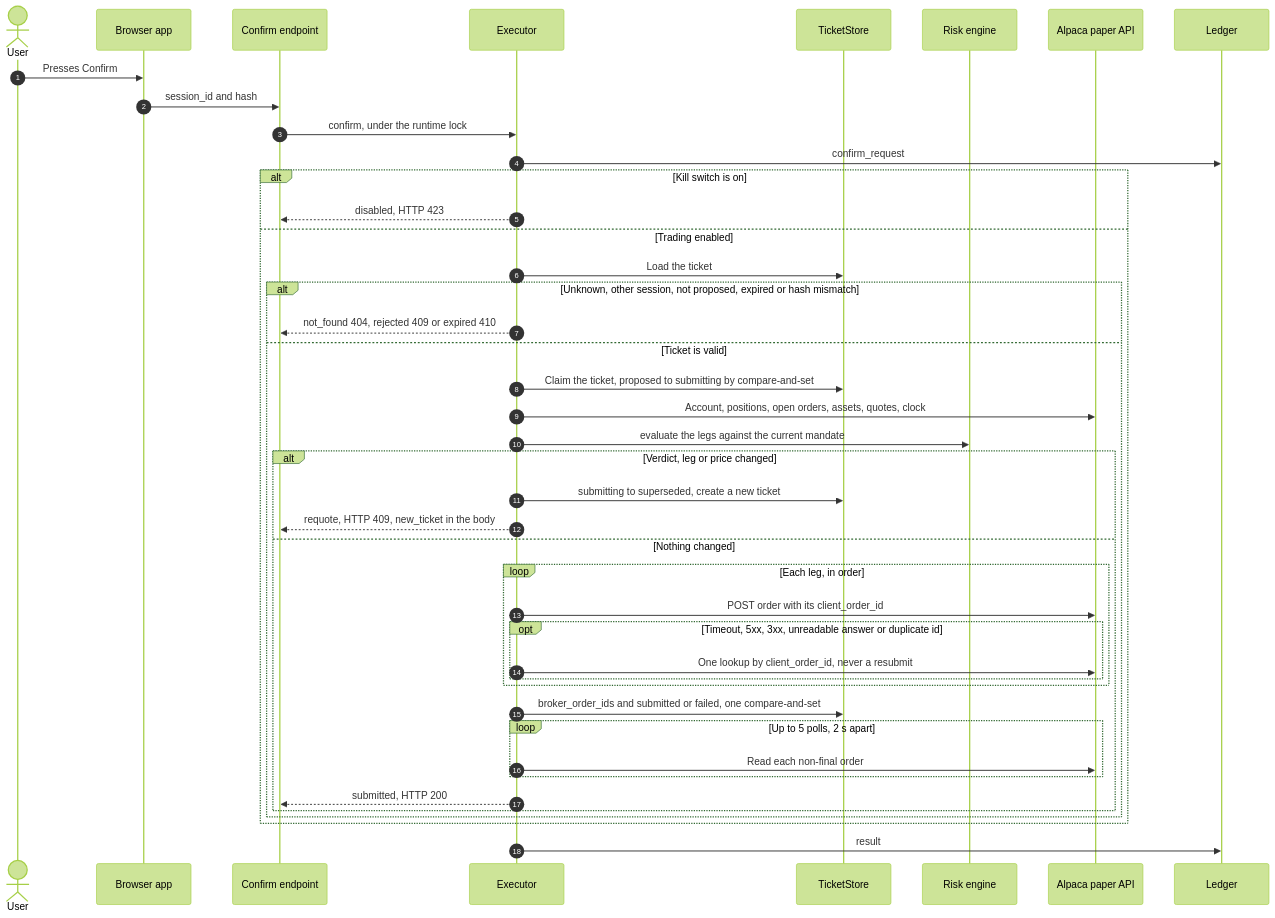
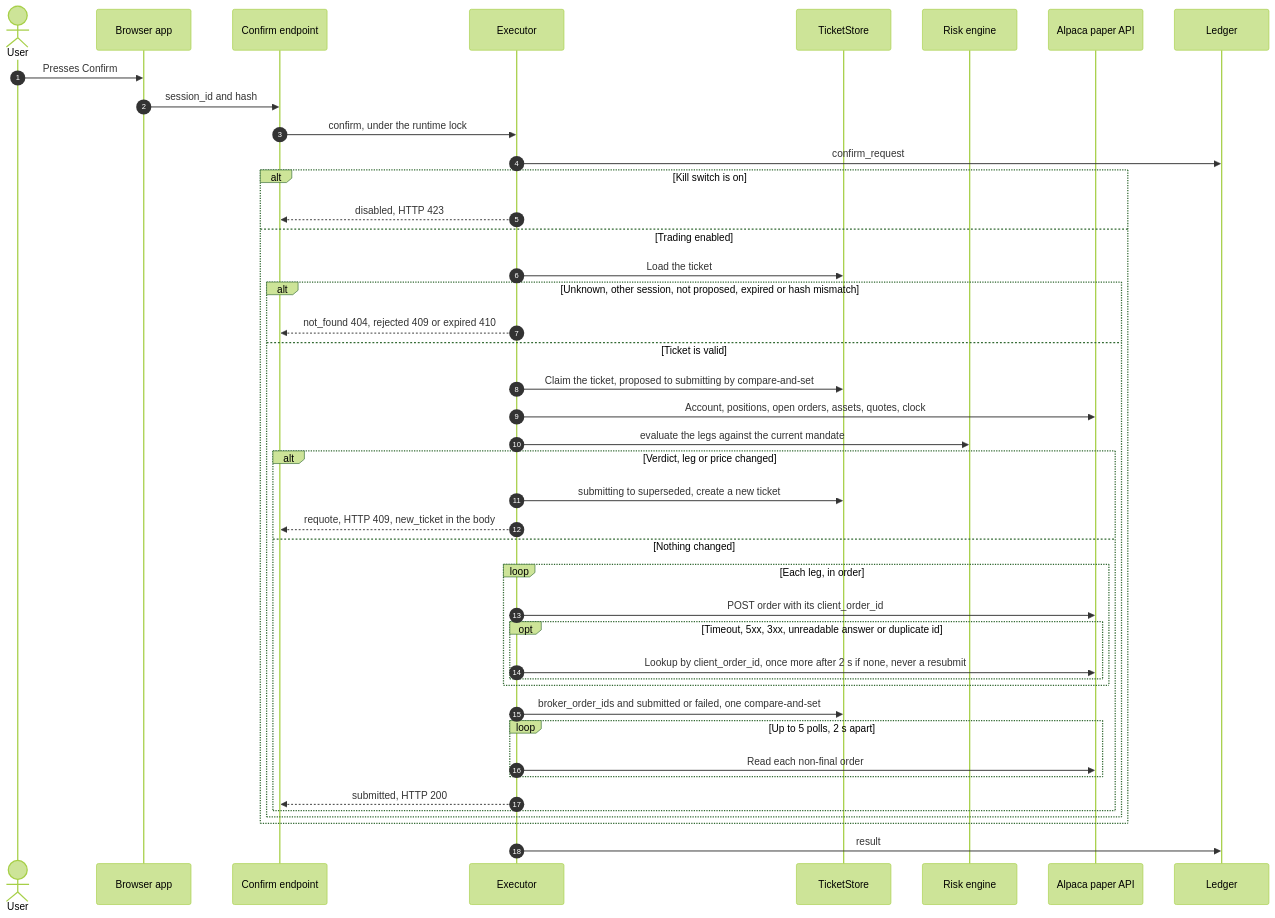
Before and after one commit to heon-1219/tradingDecisionAgent: the third of 8 diagrams in docs/architecture.md, drawn with Mermaid (forest theme). The commit also changed other lines of this file and 2 other files, not shown here.

````diff
--- a/docs/architecture.md
+++ b/docs/architecture.md
@@ -261,46 +261,46 @@
 ```mermaid
 sequenceDiagram
     autonumber
     actor U as User
     participant UI as Browser app
     participant API as Confirm endpoint
     participant X as Executor
     participant K as TicketStore
     participant R as Risk engine
     participant B as Alpaca paper API
     participant G as Ledger
 
     U->>UI: Presses Confirm
     UI->>API: session_id and hash
     API->>X: confirm, under the runtime lock
     X->>G: confirm_request
     alt Kill switch is on
         X-->>API: disabled, HTTP 423
     else Trading enabled
         X->>K: Load the ticket
         alt Unknown, other session, not proposed, expired or hash mismatch
             X-->>API: not_found 404, rejected 409 or expired 410
         else Ticket is valid
             X->>K: Claim the ticket, proposed to submitting by compare-and-set
             X->>B: Account, positions, open orders, assets, quotes, clock
             X->>R: evaluate the legs against the current mandate
             alt Verdict, leg or price changed
                 X->>K: submitting to superseded, create a new ticket
                 X-->>API: requote, HTTP 409, new_ticket in the body
             else Nothing changed
                 loop Each leg, in order
                     X->>B: POST order with its client_order_id
                     opt Timeout, 5xx, 3xx, unreadable answer or duplicate id
-                        X->>B: One lookup by client_order_id, never a resubmit
+                        X->>B: Lookup by client_order_id, once more after 2 s if none, never a resubmit
                     end
                 end
                 X->>K: broker_order_ids and submitted or failed, one compare-and-set
                 loop Up to 5 polls, 2 s apart
                     X->>B: Read each non-final order
                 end
                 X-->>API: submitted, HTTP 200
             end
         end
     end
     X->>G: result
 ```
````
